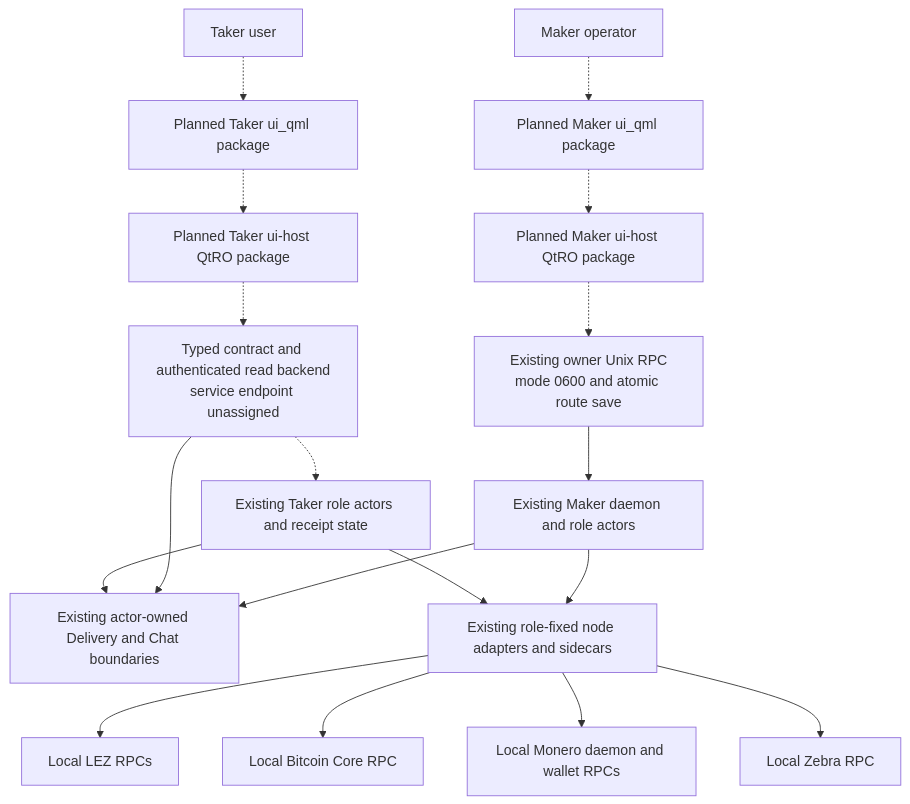
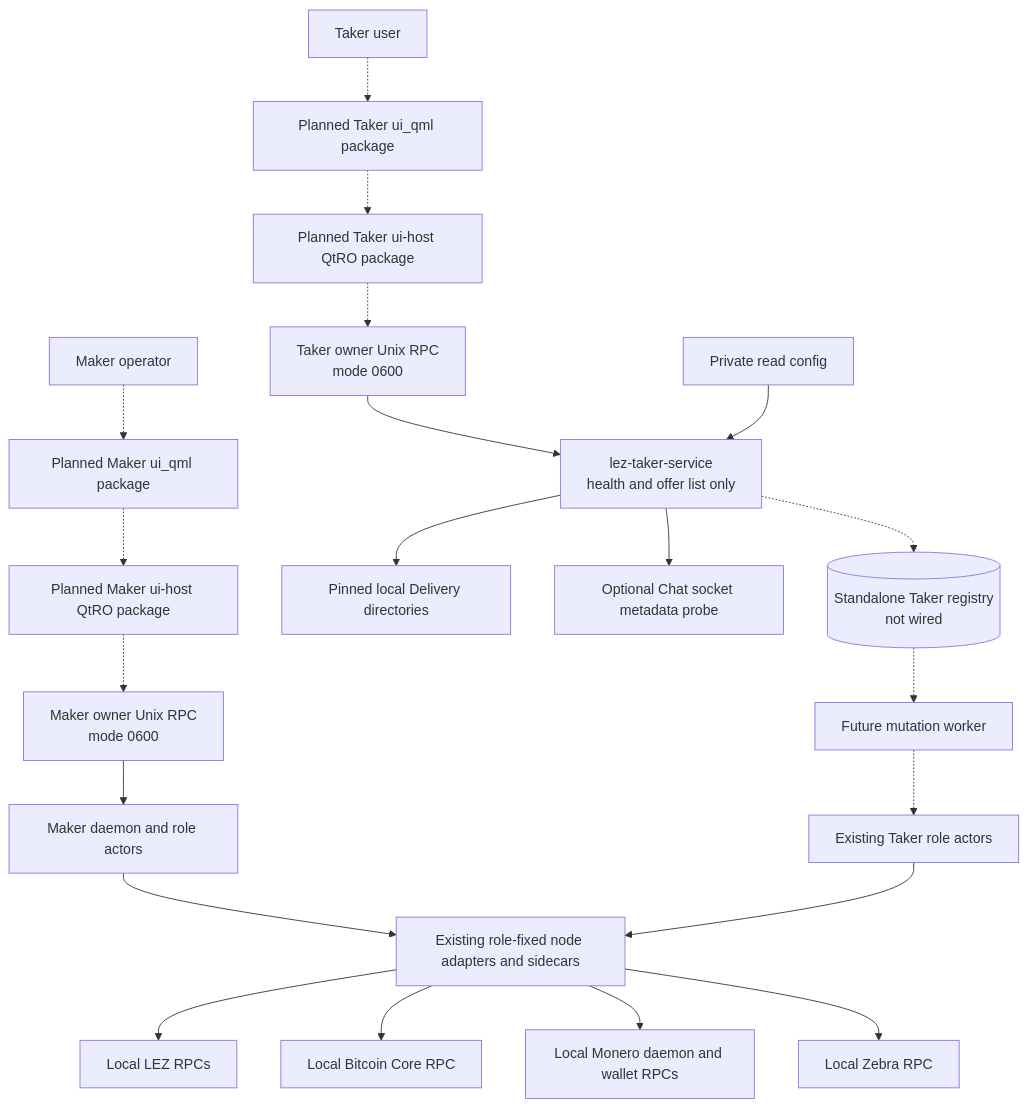
The second of 24 diagrams in docs/architecture/deployment-components-and-rpcs.md (gateway-fm/lez-atomic-swaps), drawn with Mermaid before and after one commit. The commit also changed other lines of this file and 9 other files, not shown here.

Commit message:
docs(m6): map taker service and admission

````diff
--- a/docs/architecture/deployment-components-and-rpcs.md
+++ b/docs/architecture/deployment-components-and-rpcs.md
@@ -68,22 +76,25 @@
 ```mermaid
 flowchart TB
     Maker["Maker operator"] -.-> MakerQml["Planned Maker ui_qml package"]
     MakerQml -.-> MakerHost["Planned Maker ui-host QtRO package"]
-    MakerHost -.-> OwnerRpc["Existing owner Unix RPC<br/>mode 0600 and atomic route save"]
-    OwnerRpc --> MakerDaemon["Existing Maker daemon and role actors"]
+    MakerHost -.-> OwnerRpc["Maker owner Unix RPC<br/>mode 0600"]
+    OwnerRpc --> MakerDaemon["Maker daemon and role actors"]
 
     Taker["Taker user"] -.-> TakerQml["Planned Taker ui_qml package"]
     TakerQml -.-> TakerHost["Planned Taker ui-host QtRO package"]
-    TakerHost -.-> TakerFacade["Typed contract and authenticated read backend<br/>service endpoint unassigned"]
-    TakerFacade -.-> TakerActors["Existing Taker role actors and receipt state"]
+    TakerHost -.-> TakerSocket["Taker owner Unix RPC<br/>mode 0600"]
+    TakerSocket --> TakerService["lez-taker-service<br/>health and offer list only"]
+    TakerConfig["Private read config"] --> TakerService
+    TakerService --> Delivery["Pinned local Delivery directories"]
+    TakerService --> ChatProbe["Optional Chat socket metadata probe"]
+    TakerService -.-> Registry[("Standalone Taker registry<br/>not wired")]
+    Registry -.-> Worker["Future mutation worker"]
+    Worker -.-> TakerActors["Existing Taker role actors"]
 
-    MakerDaemon --> DeliveryChat["Existing actor-owned Delivery and Chat boundaries"]
-    TakerFacade --> DeliveryChat
-    TakerActors --> DeliveryChat
     MakerDaemon --> NodeAdapters["Existing role-fixed node adapters and sidecars"]
     TakerActors --> NodeAdapters
     NodeAdapters --> Lez["Local LEZ RPCs"]
     NodeAdapters --> Bitcoin["Local Bitcoin Core RPC"]
     NodeAdapters --> Monero["Local Monero daemon and wallet RPCs"]
     NodeAdapters --> Zcash["Local Zebra RPC"]
 ```
````
